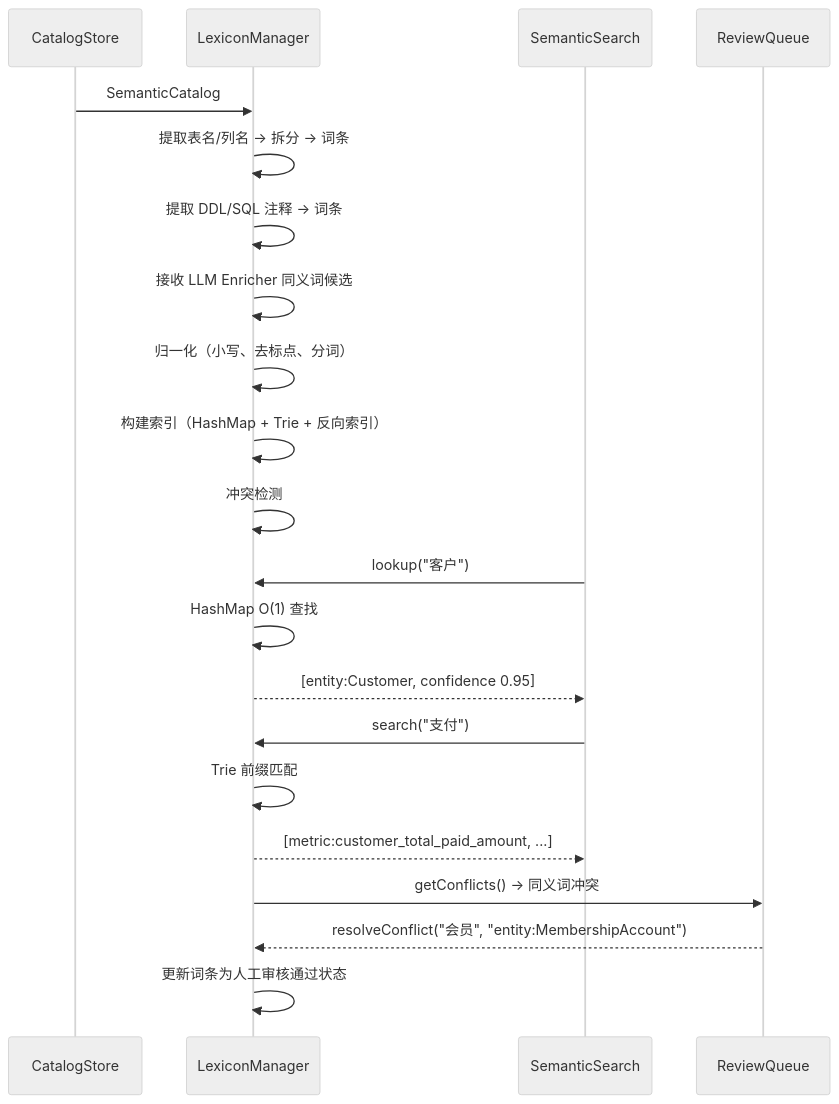
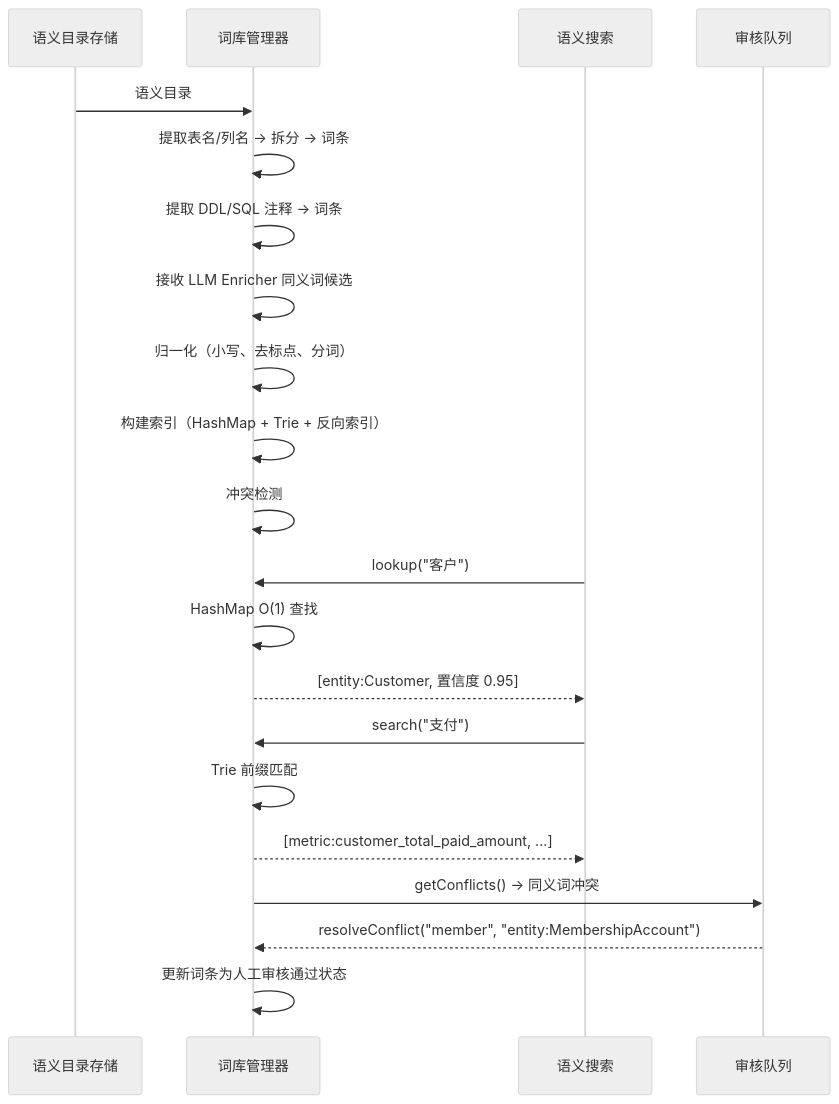
The third of 4 diagrams in docs/design/semantic-layer/05-lexicon-manager.md (xiaoguang/relation-detector), drawn with Mermaid (neutral theme) before and after one commit. The commit also changed other lines of this file and 14 other files, not shown here.

````diff
--- a/docs/design/semantic-layer/05-lexicon-manager.md
+++ b/docs/design/semantic-layer/05-lexicon-manager.md
@@ -111,24 +151,24 @@
 ```mermaid
 sequenceDiagram
-    participant CS as CatalogStore
-    participant LM as LexiconManager
-    participant SS as SemanticSearch
-    participant RQ as ReviewQueue
+    participant CS as 语义目录存储
+    participant LM as 词库管理器
+    participant SS as 语义搜索
+    participant RQ as 审核队列
 
-    CS->>LM: SemanticCatalog
+    CS->>LM: 语义目录
     LM->>LM: 提取表名/列名 → 拆分 → 词条
     LM->>LM: 提取 DDL/SQL 注释 → 词条
     LM->>LM: 接收 LLM Enricher 同义词候选
     LM->>LM: 归一化（小写、去标点、分词）
     LM->>LM: 构建索引（HashMap + Trie + 反向索引）
     LM->>LM: 冲突检测
     SS->>LM: lookup("客户")
     LM->>LM: HashMap O(1) 查找
-    LM-->>SS: [entity:Customer, confidence 0.95]
+    LM-->>SS: [entity:Customer, 置信度 0.95]
     SS->>LM: search("支付")
     LM->>LM: Trie 前缀匹配
     LM-->>SS: [metric:customer_total_paid_amount, ...]
     LM->>RQ: getConflicts() → 同义词冲突
-    RQ-->>LM: resolveConflict("会员", "entity:MembershipAccount")
+    RQ-->>LM: resolveConflict("member", "entity:MembershipAccount")
     LM->>LM: 更新词条为人工审核通过状态
 ```
````
